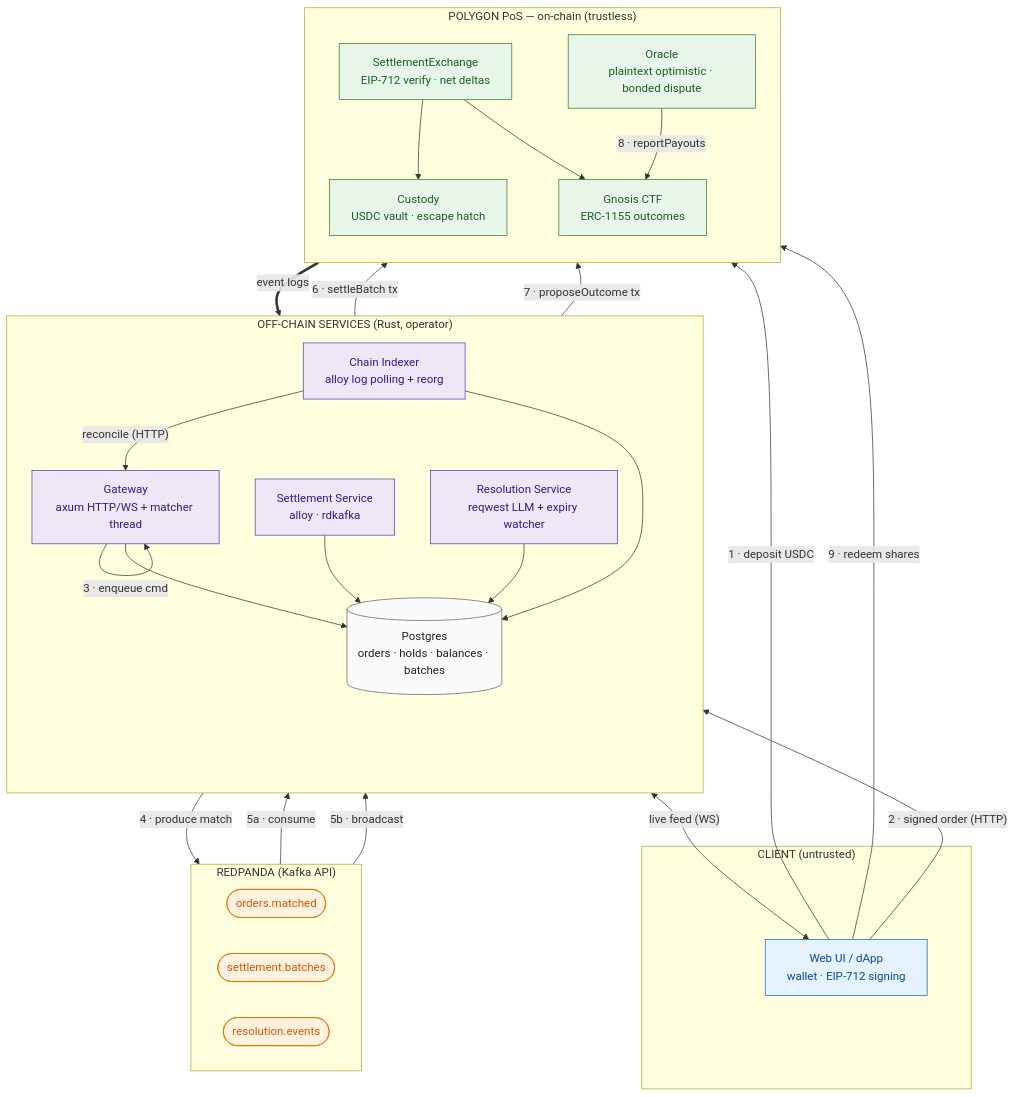
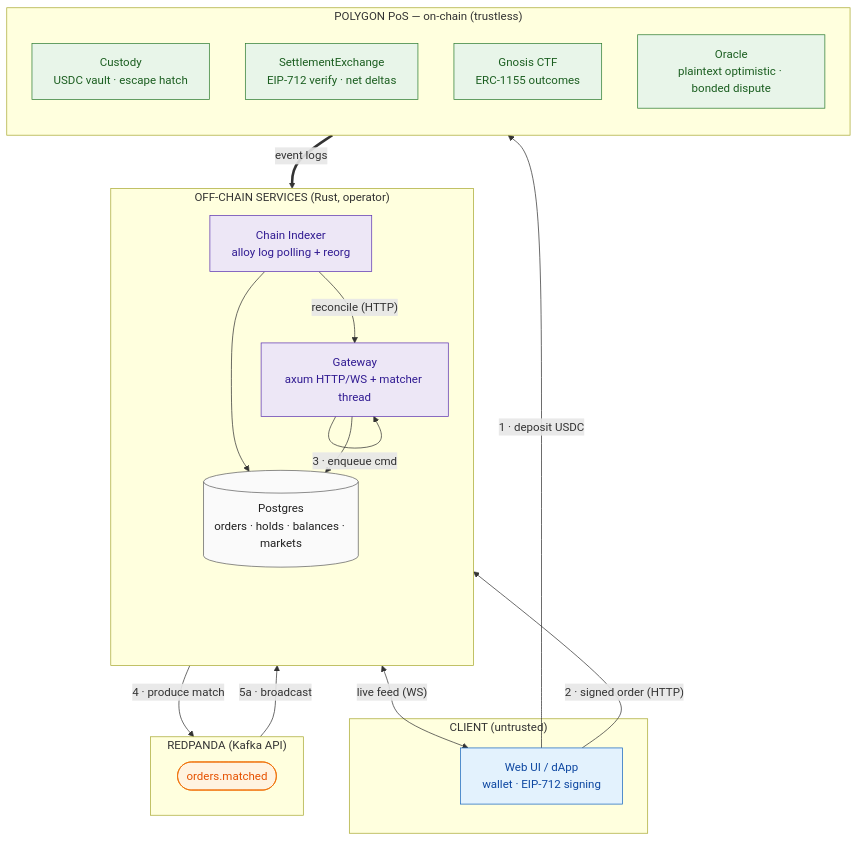
Before and after one commit to michael-ni-qwerty/omniscient: the diagram in docs/architecture.md, drawn with Mermaid. The commit also changed other lines of this file and 28 other files, not shown here.

````diff
--- a/docs/architecture.md
+++ b/docs/architecture.md
@@ -52,61 +49,48 @@
 ```mermaid
 flowchart TB
     subgraph Client["CLIENT (untrusted)"]
         UI["Web UI / dApp<br/>wallet · EIP-712 signing"]
     end
 
     subgraph OffChain["OFF-CHAIN SERVICES (Rust, operator)"]
         direction TB
         GW["Gateway<br/>axum HTTP/WS + matcher thread"]
-        SETT["Settlement Service<br/>alloy · rdkafka"]
-        RES["Resolution Service<br/>reqwest LLM + expiry watcher"]
         IDX["Chain Indexer<br/>alloy log polling + reorg"]
-        PG[("Postgres<br/>orders · holds · balances · batches")]
+        PG[("Postgres<br/>orders · holds · balances · markets")]
     end
 
     subgraph Broker["REDPANDA (Kafka API)"]
         direction LR
         T1(["orders.matched"])
-        T3(["settlement.batches"])
-        T4(["resolution.events"])
     end
 
     subgraph Chain["POLYGON PoS — on-chain (trustless)"]
         direction TB
         CUST["Custody<br/>USDC vault · escape hatch"]
         EXCH["SettlementExchange<br/>EIP-712 verify · net deltas"]
         CTF["Gnosis CTF<br/>ERC-1155 outcomes"]
         ORACLE["Oracle<br/>plaintext optimistic · bonded dispute"]
     end
 
     UI -->|"1 · deposit USDC"| CUST
     UI -->|"2 · signed order (HTTP)"| GW
     GW <-->|"live feed (WS)"| UI
     GW -->|"3 · enqueue cmd"| GW
     GW -->|"4 · produce match"| T1
-    T1 -->|"5a · consume"| SETT
-    T1 -->|"5b · broadcast"| GW
-    SETT -->|"6 · settleBatch tx"| EXCH
-    EXCH --> CUST
-    EXCH --> CTF
-    RES -->|"7 · proposeOutcome tx"| ORACLE
-    ORACLE -->|"8 · reportPayouts"| CTF
-    UI -->|"9 · redeem shares"| CTF
+    T1 -->|"5a · broadcast"| GW
     Chain ==>|"event logs"| IDX
     IDX -->|"reconcile (HTTP)"| GW
     IDX --> PG
     GW --> PG
-    SETT --> PG
-    RES --> PG
 
     classDef client fill:#e3f2fd,stroke:#1565c0,color:#0d47a1;
     classDef svc fill:#ede7f6,stroke:#5e35b1,color:#311b92;
     classDef broker fill:#fff3e0,stroke:#ef6c00,color:#e65100;
     classDef chain fill:#e8f5e9,stroke:#2e7d32,color:#1b5e20;
     classDef store fill:#fafafa,stroke:#616161,color:#212121;
     class UI client;
-    class GW,SETT,RES,IDX svc;
+    class GW,IDX svc;
     class PG store;
-    class T1,T3,T4 broker;
+    class T1 broker;
     class CUST,EXCH,CTF,ORACLE chain;
 ```
````
